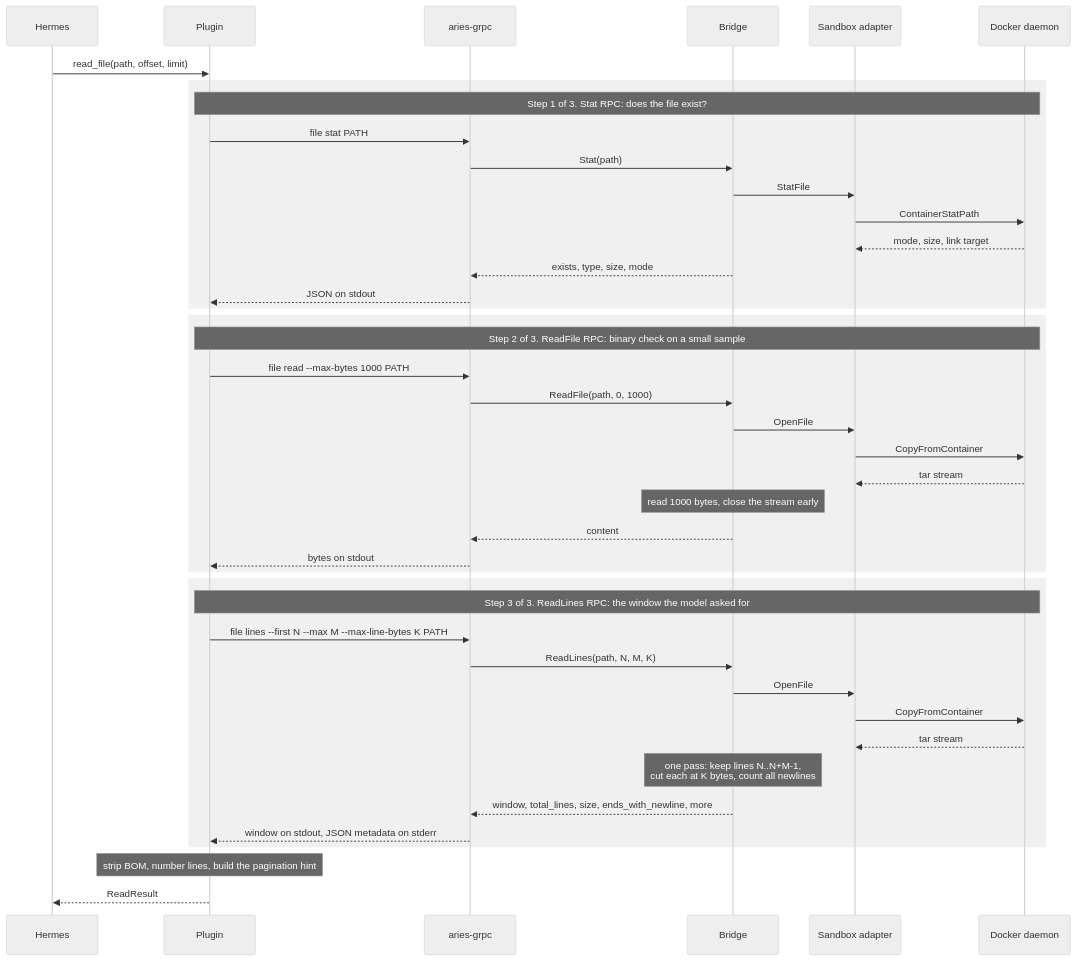
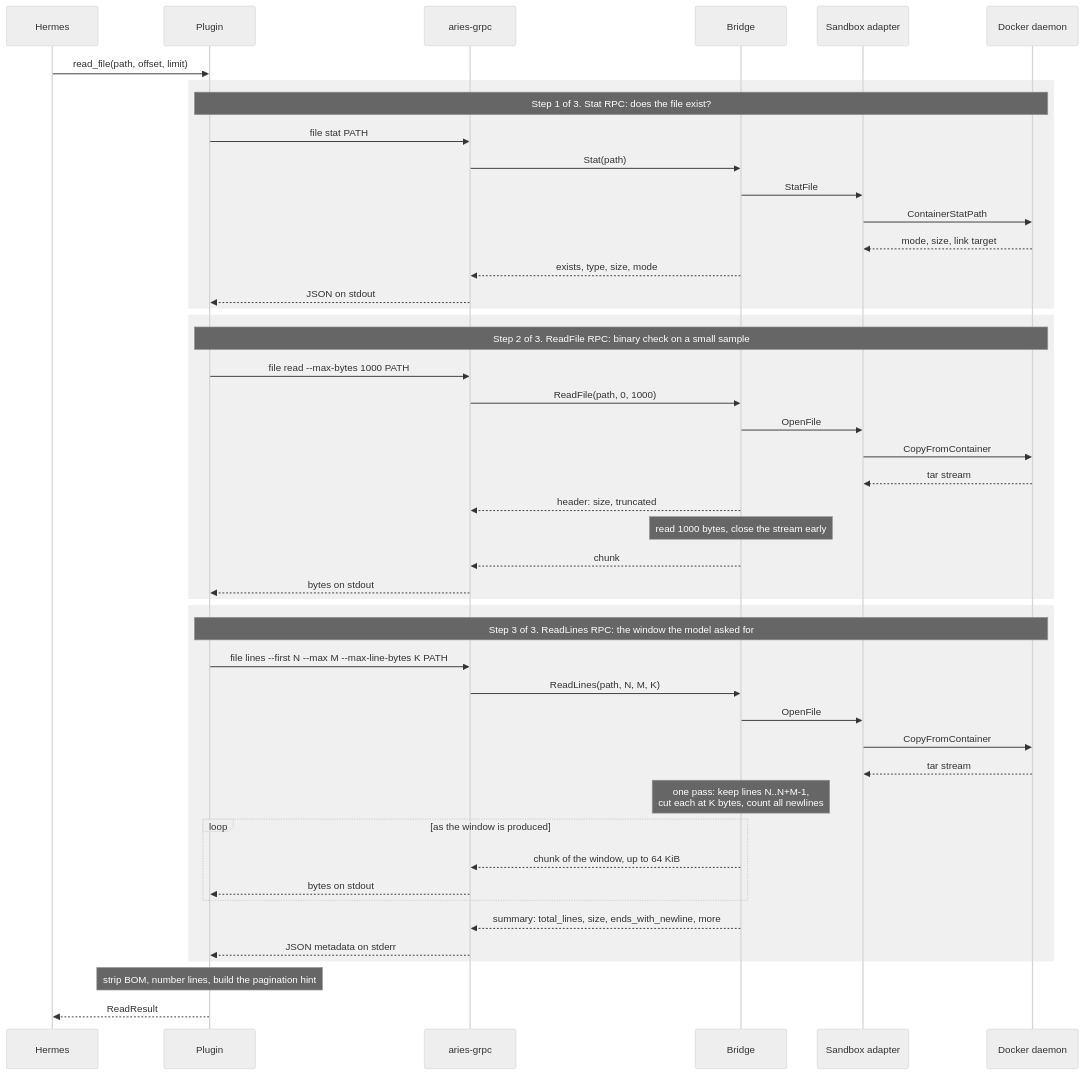
One commit to hyscale-lab/ARIES changed the fourth of 6 diagrams in docs/design/grpc-route.md. Above: the diagram before and after it, drawn with Mermaid (neutral theme). The commit also changed other lines of this file and 2 other files, not shown here.

````diff
--- a/docs/design/grpc-route.md
+++ b/docs/design/grpc-route.md
@@ -161,49 +161,54 @@
 ```mermaid
 sequenceDiagram
     participant H as Hermes
     participant P as Plugin
     participant C as aries-grpc
     participant B as Bridge
     participant S as Sandbox adapter
     participant D as Docker daemon
 
     H->>P: read_file(path, offset, limit)
 
     rect rgba(128, 128, 128, 0.12)
         Note over P,D: Step 1 of 3. Stat RPC: does the file exist?
         P->>C: file stat PATH
         C->>B: Stat(path)
         B->>S: StatFile
         S->>D: ContainerStatPath
         D-->>S: mode, size, link target
         B-->>C: exists, type, size, mode
         C-->>P: JSON on stdout
     end
 
     rect rgba(128, 128, 128, 0.12)
         Note over P,D: Step 2 of 3. ReadFile RPC: binary check on a small sample
         P->>C: file read --max-bytes 1000 PATH
         C->>B: ReadFile(path, 0, 1000)
         B->>S: OpenFile
         S->>D: CopyFromContainer
         D-->>S: tar stream
+        B-->>C: header: size, truncated
         Note over B: read 1000 bytes, close the stream early
-        B-->>C: content
+        B-->>C: chunk
         C-->>P: bytes on stdout
     end
 
     rect rgba(128, 128, 128, 0.12)
         Note over P,D: Step 3 of 3. ReadLines RPC: the window the model asked for
         P->>C: file lines --first N --max M --max-line-bytes K PATH
         C->>B: ReadLines(path, N, M, K)
         B->>S: OpenFile
         S->>D: CopyFromContainer
         D-->>S: tar stream
         Note over B: one pass: keep lines N..N+M-1,<br/>cut each at K bytes, count all newlines
-        B-->>C: window, total_lines, size, ends_with_newline, more
-        C-->>P: window on stdout, JSON metadata on stderr
+        loop as the window is produced
+            B-->>C: chunk of the window, up to 64 KiB
+            C-->>P: bytes on stdout
+        end
+        B-->>C: summary: total_lines, size, ends_with_newline, more
+        C-->>P: JSON metadata on stderr
     end
 
     Note over P: strip BOM, number lines, build the pagination hint
     P-->>H: ReadResult
 ```
````
